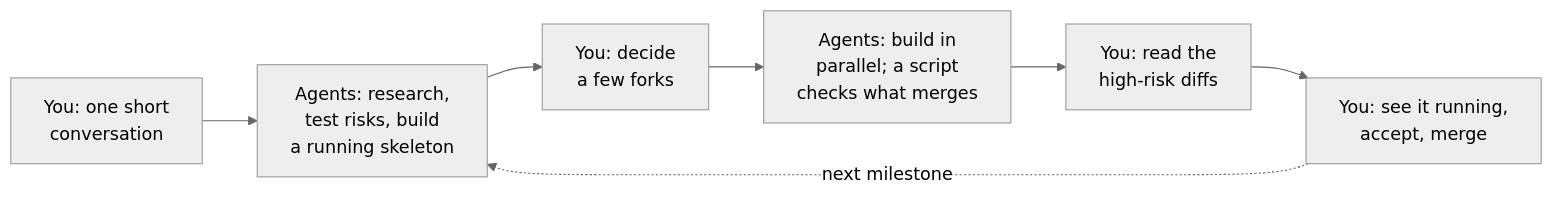
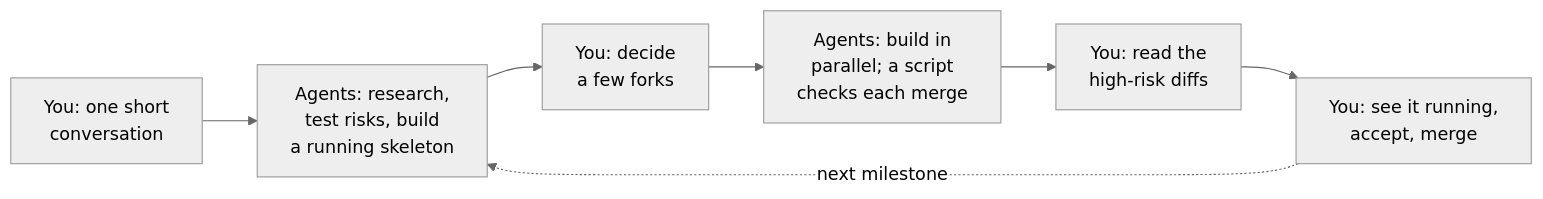
One commit to dwijenpatel/one-punch changed the diagram in README.md. Above: the diagram before and after it, drawn with Mermaid (neutral theme). The commit also changed other lines of this file, not shown here.

````diff
--- a/README.md
+++ b/README.md
@@ -27,9 +29,9 @@
 ```mermaid
 flowchart LR
     A["You: one short<br/>conversation"] --> B["Agents: research,<br/>test risks, build<br/>a running skeleton"]
     B --> C["You: decide<br/>a few forks"]
-    C --> D["Agents: build in<br/>parallel; a script<br/>checks what merges"]
+    C --> D["Agents: build in<br/>parallel; a script<br/>checks each merge"]
     D --> E["You: read the<br/>high-risk diffs"]
     E --> F["You: see it running,<br/>accept, merge"]
     F -. next milestone .-> B
 ```
````
